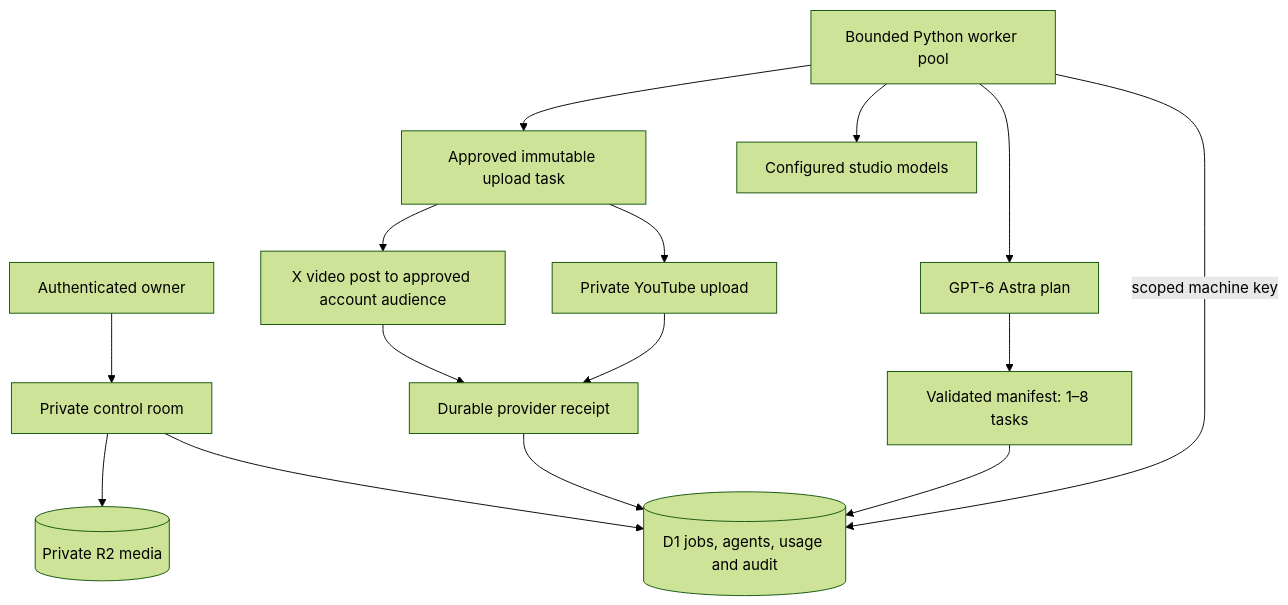
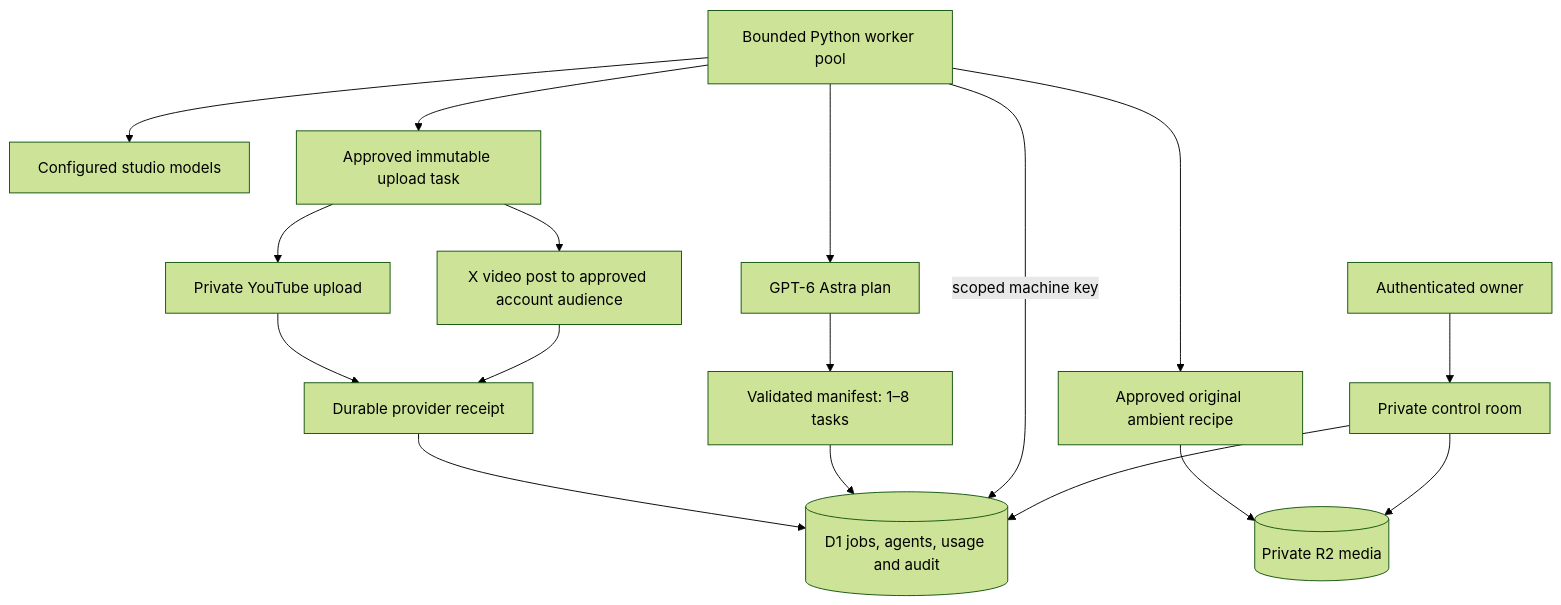
One commit to louisbrailey/clip.api changed the diagram in docs/ARCHITECTURE.md. Above: the diagram before and after it, drawn with Mermaid (forest theme). The commit also changed other lines of this file and 20 other files, not shown here.

Commit message:
Add leased original ambient rendering and private library recovery

````diff
--- a/docs/ARCHITECTURE.md
+++ b/docs/ARCHITECTURE.md
@@ -5,17 +5,19 @@
 ```mermaid
 flowchart TD
   Owner[Authenticated owner] --> Portal[Private control room]
   Portal --> Queue[(D1 jobs, agents, usage and audit)]
   Portal --> Media[(Private R2 media)]
   Worker[Bounded Python worker pool] -->|scoped machine key| Queue
   Worker --> Astra[GPT-6 Astra plan]
   Astra --> Manifest[Validated manifest: 1–8 tasks]
   Manifest --> Queue
   Worker --> Specialists[Configured studio models]
+  Worker --> Render[Approved original ambient recipe]
+  Render --> Media
   Worker --> Review[Approved immutable upload task]
   Review --> YouTube[Private YouTube upload]
   Review --> X[X video post to approved account audience]
   X --> Receipt[Durable provider receipt]
   YouTube --> Receipt
   Receipt --> Queue
 ```
````
